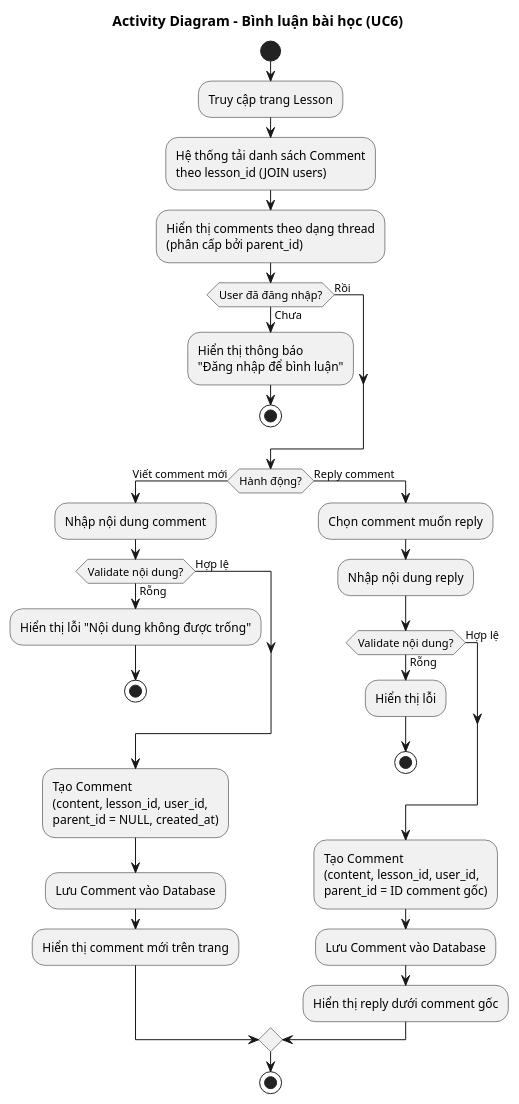
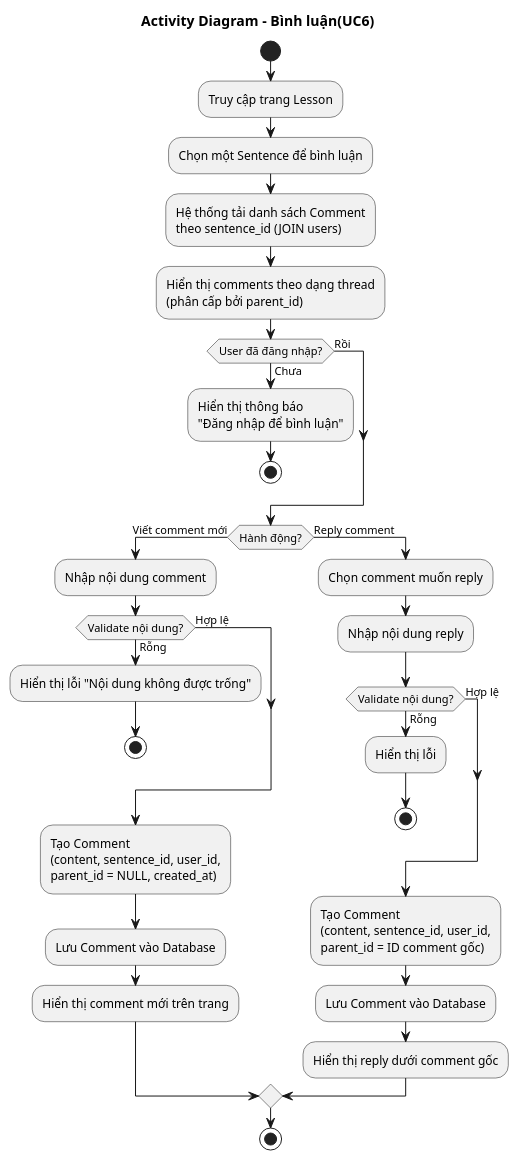
Before and after one commit to nguyenthetan752005-max/EnglishListeningPracticeWebsite: the diagram in docs/uml/ActivityDiagram/activity_comment.puml, drawn with PlantUML. The commit also changed 10 other files, not shown here.

```diff
--- a/docs/uml/ActivityDiagram/activity_comment.puml
+++ b/docs/uml/ActivityDiagram/activity_comment.puml
@@ -1,45 +1,46 @@
 @startuml Activity_Comment
-title Activity Diagram - Bình luận bài học (UC6)
+title Activity Diagram - Bình luận(UC6)
 
 start
 
 :Truy cập trang Lesson;
-:Hệ thống tải danh sách Comment\ntheo lesson_id (JOIN users);
+:Chọn một Sentence để bình luận;
+:Hệ thống tải danh sách Comment\ntheo sentence_id (JOIN users);
 :Hiển thị comments theo dạng thread\n(phân cấp bởi parent_id);
 
 if (User đã đăng nhập?) then (Chưa)
   :Hiển thị thông báo\n"Đăng nhập để bình luận";
   stop
 else (Rồi)
 endif
 
 if (Hành động?) then (Viết comment mới)
   :Nhập nội dung comment;
 
   if (Validate nội dung?) then (Rỗng)
     :Hiển thị lỗi "Nội dung không được trống";
     stop
   else (Hợp lệ)
   endif
 
-  :Tạo Comment\n(content, lesson_id, user_id,\nparent_id = NULL, created_at);
+  :Tạo Comment\n(content, sentence_id, user_id,\nparent_id = NULL, created_at);
   :Lưu Comment vào Database;
   :Hiển thị comment mới trên trang;
 
 else (Reply comment)
   :Chọn comment muốn reply;
   :Nhập nội dung reply;
 
   if (Validate nội dung?) then (Rỗng)
     :Hiển thị lỗi;
     stop
   else (Hợp lệ)
   endif
 
-  :Tạo Comment\n(content, lesson_id, user_id,\nparent_id = ID comment gốc);
+  :Tạo Comment\n(content, sentence_id, user_id,\nparent_id = ID comment gốc);
   :Lưu Comment vào Database;
   :Hiển thị reply dưới comment gốc;
 endif
 
 stop
 @enduml
```
